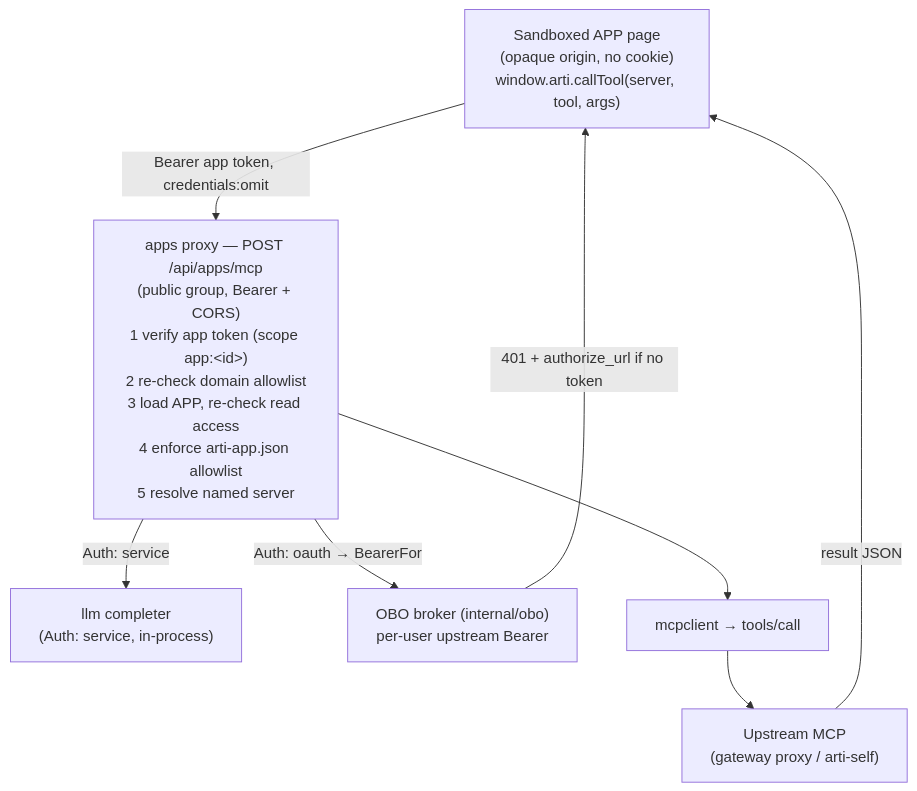
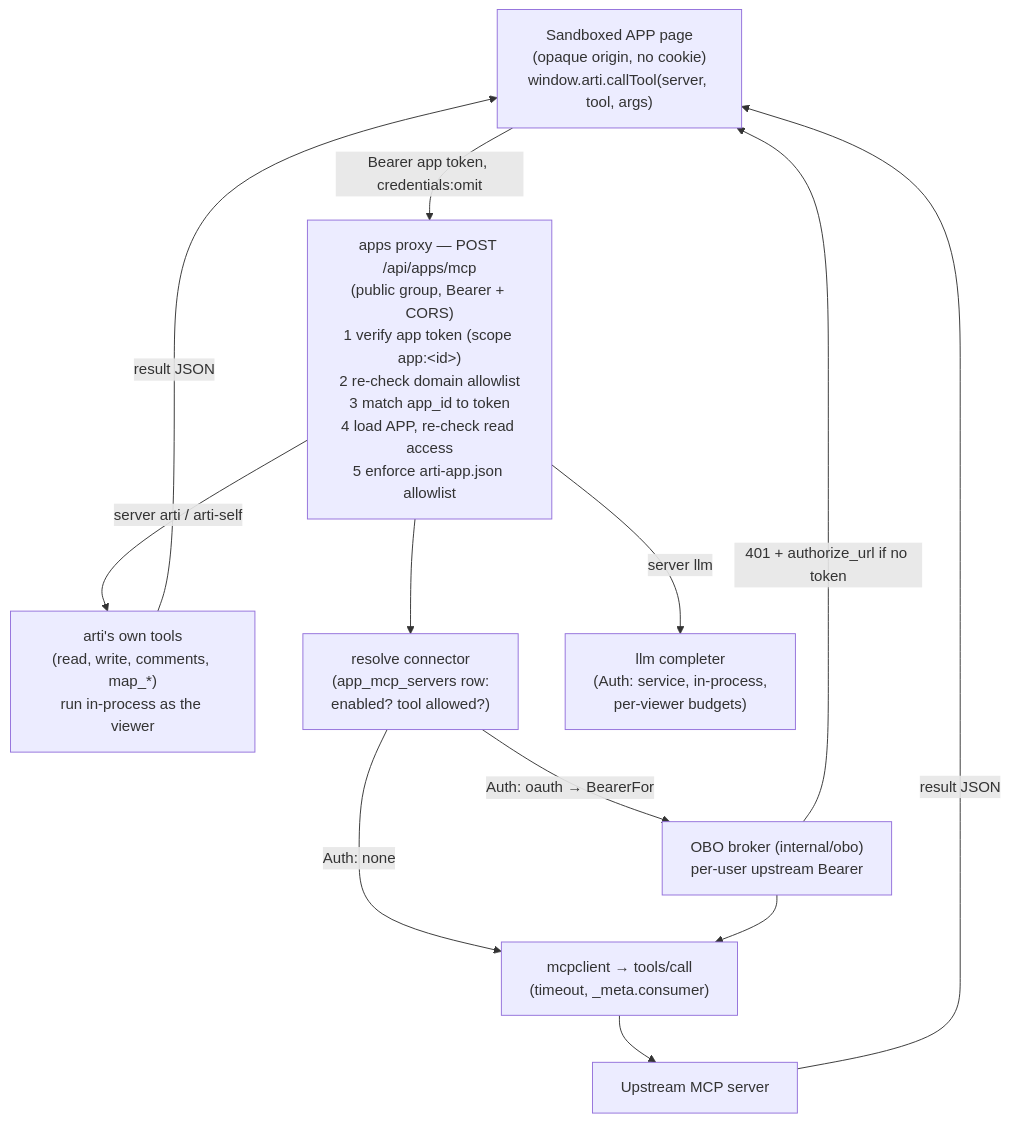
The diagram in web/docs/architecture/app-serving.mmd (angellist/arti-oss), drawn with Mermaid before and after one commit. The commit also changed 148 other files, not shown here.

```diff
--- a/web/docs/architecture/app-serving.mmd
+++ b/web/docs/architecture/app-serving.mmd
@@ -1,15 +1,21 @@
 flowchart TD
     page["Sandboxed APP page<br/>(opaque origin, no cookie)<br/>window.arti.callTool(server, tool, args)"]
-    proxy["apps proxy — POST /api/apps/mcp<br/>(public group, Bearer + CORS)<br/>1 verify app token (scope app:&lt;id&gt;)<br/>2 re-check domain allowlist<br/>3 load APP, re-check read access<br/>4 enforce arti-app.json allowlist<br/>5 resolve named server"]
-    llm["llm completer<br/>(Auth: service, in-process)"]
+    proxy["apps proxy — POST /api/apps/mcp<br/>(public group, Bearer + CORS)<br/>1 verify app token (scope app:&lt;id&gt;)<br/>2 re-check domain allowlist<br/>3 match app_id to token<br/>4 load APP, re-check read access<br/>5 enforce arti-app.json allowlist"]
+    inproc["arti's own tools<br/>(read, write, comments, map_*)<br/>run in-process as the viewer"]
+    conn["resolve connector<br/>(app_mcp_servers row:<br/>enabled? tool allowed?)"]
+    llm["llm completer<br/>(Auth: service, in-process,<br/>per-viewer budgets)"]
     obo["OBO broker (internal/obo)<br/>per-user upstream Bearer"]
-    mcp["mcpclient → tools/call"]
-    upstream["Upstream MCP<br/>(gateway proxy / arti-self)"]
+    mcp["mcpclient → tools/call<br/>(timeout, _meta.consumer)"]
+    upstream["Upstream MCP server"]
 
     page -->|"Bearer app token, credentials:omit"| proxy
-    proxy -->|"Auth: service"| llm
-    proxy -->|"Auth: oauth → BearerFor"| obo
+    proxy -->|"server arti / arti-self"| inproc
+    proxy --> conn
+    proxy -->|"server llm"| llm
+    conn -->|"Auth: oauth → BearerFor"| obo
     obo -->|"401 + authorize_url if no token"| page
-    proxy --> mcp
+    conn -->|"Auth: none"| mcp
+    obo --> mcp
     mcp --> upstream
     upstream -->|"result JSON"| page
+    inproc -->|"result JSON"| page
```
